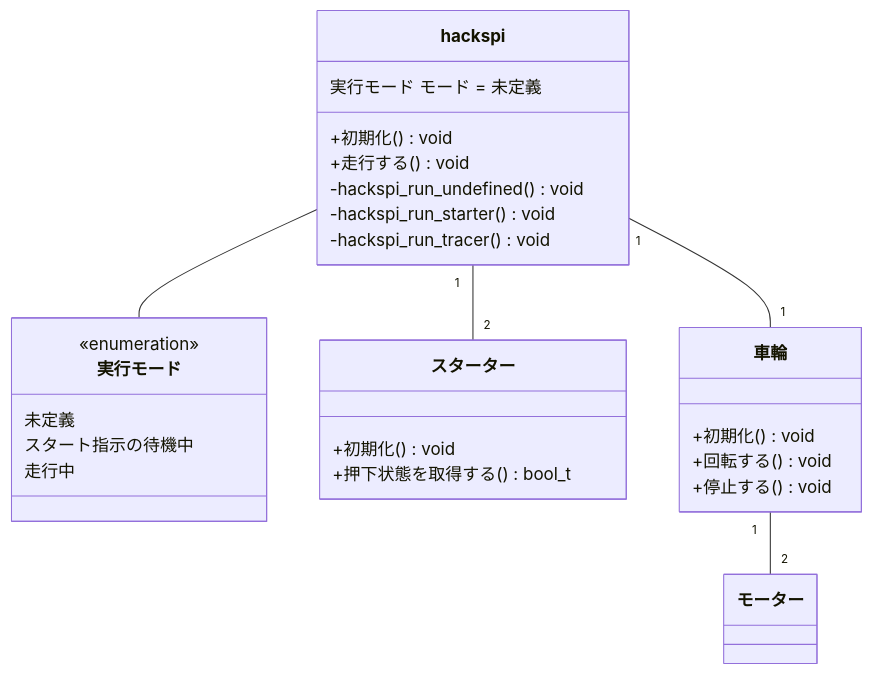
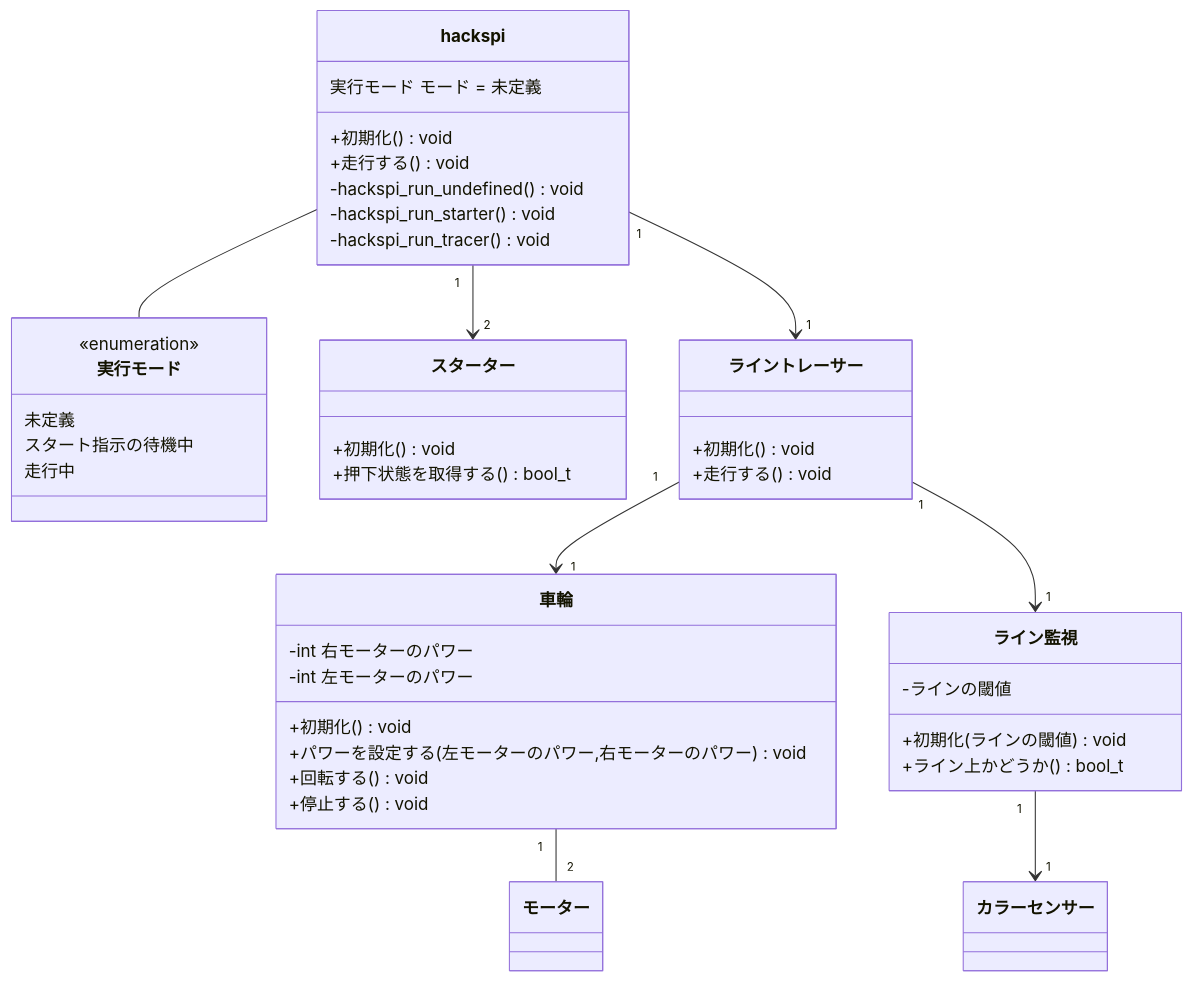
The first of 3 diagrams in README.md (jp-ymatsumoto/raspike-app), drawn with Mermaid before and after one commit. The commit also changed other lines of this file, not shown here.

Commit message:
ユースケース図の追加とクラス図・シーケンス図の修正

````diff
--- a/README.md
+++ b/README.md
@@ -9,33 +13,50 @@
 ```mermaid
 classDiagram
   class 実行モード {
     <<enumeration>>
     未定義
     スタート指示の待機中
     走行中
   }
   class hackspi {
     実行モード モード = 未定義
     +初期化() void
     +走行する() void
     -hackspi_run_undefined() void
     -hackspi_run_starter() void
     -hackspi_run_tracer() void
   }
 
   class スターター {
     +初期化() void
     +押下状態を取得する() bool_t
   }
 
   class 車輪 {
+    -int 右モーターのパワー
+    -int 左モーターのパワー
     +初期化() void
+    +パワーを設定する(左モーターのパワー,右モーターのパワー) void
     +回転する() void
     +停止する() void
   }
 
+  class ライントレーサー {
+    +初期化() void
+    +走行する() void
+  }
+
+  class ライン監視 {
+    -ラインの閾値
+    +初期化(ラインの閾値) void
+    +ライン上かどうか() bool_t
+  }
+
   hackspi -- 実行モード
-  hackspi "1"--"2" スターター
-  hackspi "1"--"1" 車輪
+  hackspi "1"-->"2" スターター
+  hackspi "1"-->"1" ライントレーサー
+  ライントレーサー "1"-->"1" 車輪
+  ライントレーサー "1"-->"1" ライン監視
+  ライン監視 "1"-->"1" カラーセンサー
   車輪 "1"--"2" モーター
 ```
````
